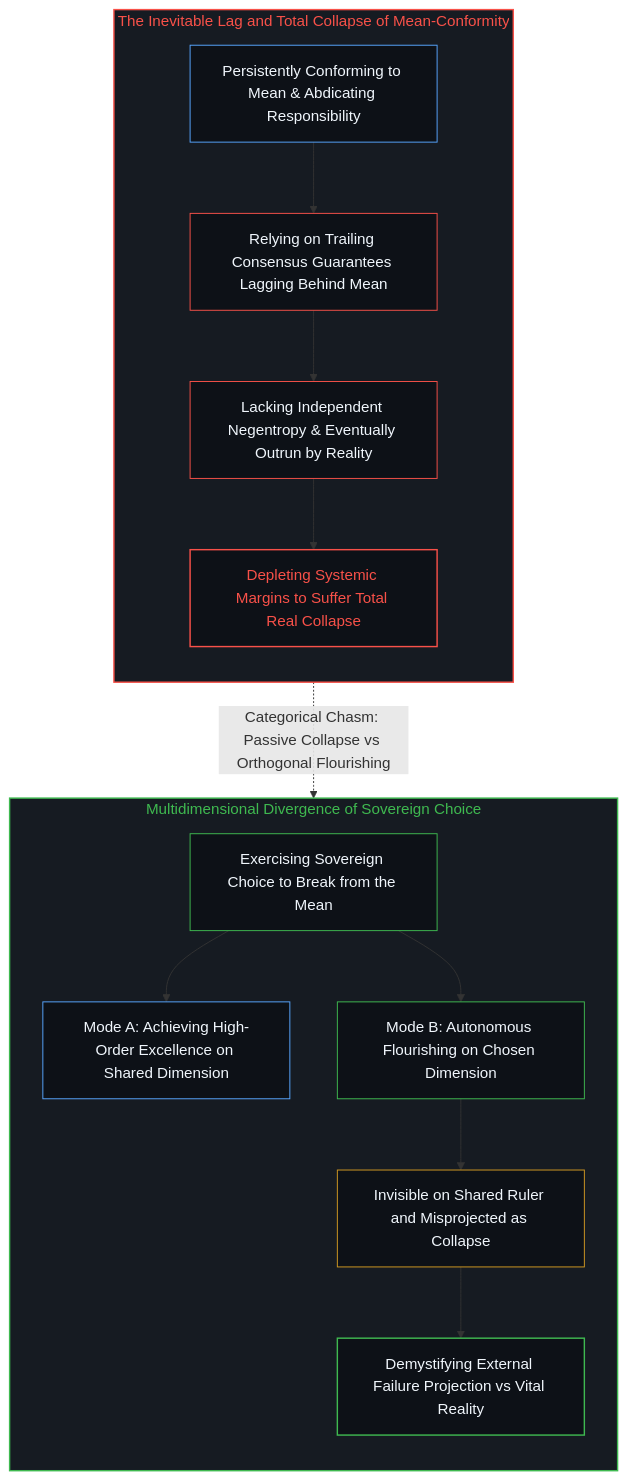
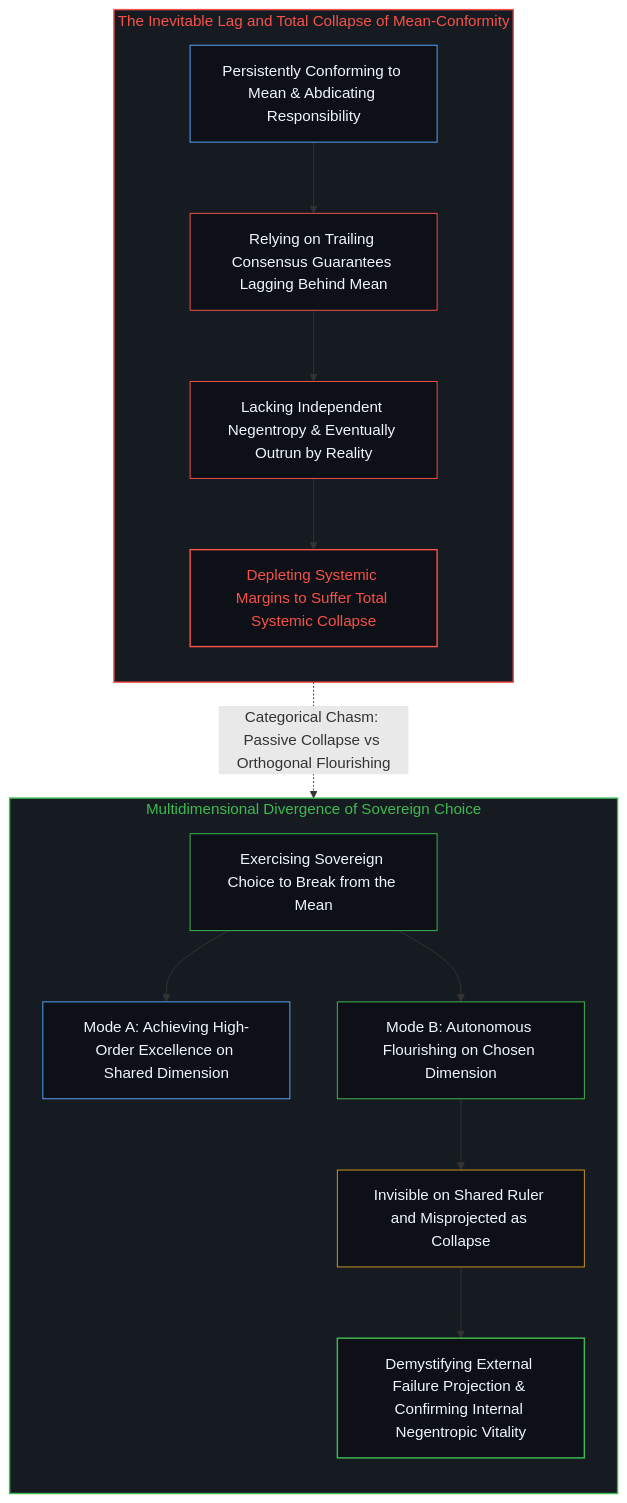
One commit to powerpig99/not-a-toe changed the eighth of 10 diagrams in content/posts/the-explanatory-trap-of-the-ordinary-perspective.md. Above: the diagram before and after it, drawn with Mermaid. The commit also changed other lines of this file and 2 other files, not shown here.

````diff
--- a/content/posts/the-explanatory-trap-of-the-ordinary-perspective.md
+++ b/content/posts/the-explanatory-trap-of-the-ordinary-perspective.md
@@ -273,31 +252,28 @@
 ```mermaid
 flowchart TD
     subgraph S_MeanConformity_EN ["The Inevitable Lag and Total Collapse of Mean-Conformity"]
         direction TB
         CE_Conform["Persistently Conforming to Mean & Abdicating Responsibility"] --> CE_Lag["Relying on Trailing Consensus Guarantees Lagging Behind Mean"]
         CE_Lag --> CE_Outrun["Lacking Independent Negentropy & Eventually Outrun by Reality"]
-        CE_Outrun --> CE_Collapse["Depleting Systemic Margins to Suffer Total Real Collapse"]
+        CE_Outrun --> CE_Collapse["Depleting Systemic Margins to Suffer Total Systemic Collapse"]
     end
-
     subgraph S_SovereignBreak_EN ["Multidimensional Divergence of Sovereign Choice"]
         direction TB
         SE_Break["Exercising Sovereign Choice to Break from the Mean"] --> SE_Shared["Mode A: Achieving High-Order Excellence on Shared Dimension"]
         SE_Break --> SE_Orthogonal["Mode B: Autonomous Flourishing on Chosen Dimension"]
         SE_Orthogonal --> SE_Projection["Invisible on Shared Ruler and Misprojected as Collapse"]
-        SE_Projection --> SE_Reality["Demystifying External Failure Projection vs Vital Reality"]
+        SE_Projection --> SE_Reality["Demystifying External Failure Projection & Confirming Internal Negentropic Vitality"]
     end
-
     CE_Collapse -.->|"Categorical Chasm: Passive Collapse vs Orthogonal Flourishing"| SE_Projection
-
     style S_MeanConformity_EN fill:#161b22,stroke:#f85149,stroke-width:1.5px,color:#f85149
     style S_SovereignBreak_EN fill:#161b22,stroke:#3fb950,stroke-width:1.5px,color:#3fb950
     style CE_Conform fill:#0d1117,stroke:#58a6ff,stroke-width:1px,color:#f0f6fc
     style CE_Lag fill:#0d1117,stroke:#f85149,stroke-width:1px,color:#f0f6fc
     style CE_Outrun fill:#0d1117,stroke:#f85149,stroke-width:1px,color:#f0f6fc
     style CE_Collapse fill:#0d1117,stroke:#f85149,stroke-width:1.5px,color:#f85149
     style SE_Break fill:#0d1117,stroke:#3fb950,stroke-width:1px,color:#f0f6fc
     style SE_Shared fill:#0d1117,stroke:#58a6ff,stroke-width:1px,color:#f0f6fc
     style SE_Orthogonal fill:#0d1117,stroke:#3fb950,stroke-width:1px,color:#f0f6fc
     style SE_Projection fill:#0d1117,stroke:#d29922,stroke-width:1px,color:#f0f6fc
     style SE_Reality fill:#0d1117,stroke:#3fb950,stroke-width:1.5px,color:#f0f6fc
 ```
````
